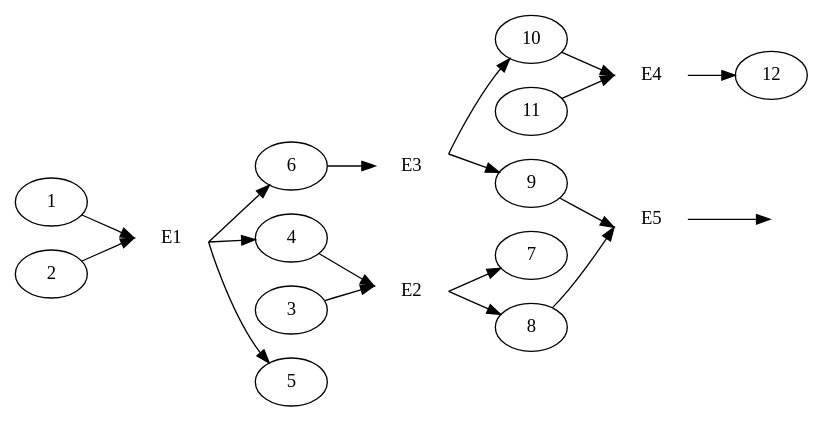
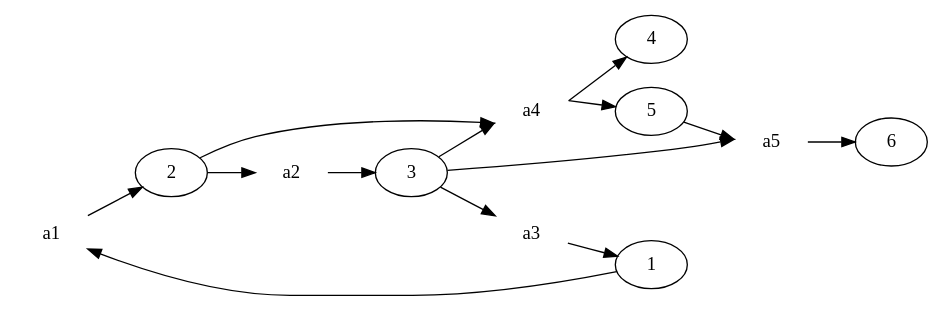
One commit to graphviz-perl/Tk-GraphViz changed the diagram in hypergraph.gv. Above: the diagram before and after it, drawn with Graphviz. The commit also changed 2 other files, not shown here.

```diff
--- a/hypergraph.gv
+++ b/hypergraph.gv
@@ -1,25 +1,18 @@
 digraph H {
   rankdir=LR
-  /*
-  { 1 2 } -> { 4 5 6 } [edgegroup=E1 label=E1]
-  { 3 4 } -> { 7 8 } [edgegroup=E2 label=E2]
-  { 6 } -> { 9 10 } [edgegroup=E3 label=E3]
-  { 10 11 } -> { 12 } [edgegroup=E4 label=E4]
-  { 8 9 } -> { invis1 [style=invis shape=point width=0 height=0] } [edgegroup=E5 label=E5] // empty head
-  */
-  edgegroup1 [label=E1 shape=plaintext]
-  edgegroup2 [label=E2 shape=plaintext]
-  edgegroup3 [label=E3 shape=plaintext]
-  edgegroup4 [label=E4 shape=plaintext]
-  edgegroup5 [label=E5 shape=plaintext]
-  { 1 2 }   -> edgegroup1 [samehead=edgegroup1]
-   edgegroup1 -> { 4 5 6 } [sametail=edgegroup1]
-  { 3 4 }   -> edgegroup2 [samehead=edgegroup2]
-   edgegroup2 -> { 7 8 } [sametail=edgegroup2]
-  { 6 }     -> edgegroup3 [samehead=edgegroup3]
-   edgegroup3 -> { 9 10 } [sametail=edgegroup3]
-  { 10 11 } -> edgegroup4 [samehead=edgegroup4]
-   edgegroup4 -> { 12 } [sametail=edgegroup4]
-  { 8 9 }   -> edgegroup5 [samehead=edgegroup5]
-   edgegroup5 -> { invis1 [style=invis shape=point width=0 height=0] } [sametail=edgegroup5]
+  edgegroup1 [label=a1 shape=plaintext]
+  edgegroup2 [label=a2 shape=plaintext]
+  edgegroup3 [label=a3 shape=plaintext]
+  edgegroup4 [label=a4 shape=plaintext]
+  edgegroup5 [label=a5 shape=plaintext]
+  { 1 }   -> edgegroup1 [samehead=edgegroup1]
+   edgegroup1 -> { 2 } [sametail=edgegroup1]
+  { 2 }   -> edgegroup2 [samehead=edgegroup2]
+   edgegroup2 -> { 3 } [sametail=edgegroup2]
+  { 3 }     -> edgegroup3 [samehead=edgegroup3]
+   edgegroup3 -> { 1 } [sametail=edgegroup3]
+  { 2 3 } -> edgegroup4 [samehead=edgegroup4]
+   edgegroup4 -> { 4 5 } [sametail=edgegroup4]
+  { 3 5 }   -> edgegroup5 [samehead=edgegroup5]
+   edgegroup5 -> { 6 } [sametail=edgegroup5]
 }
```
